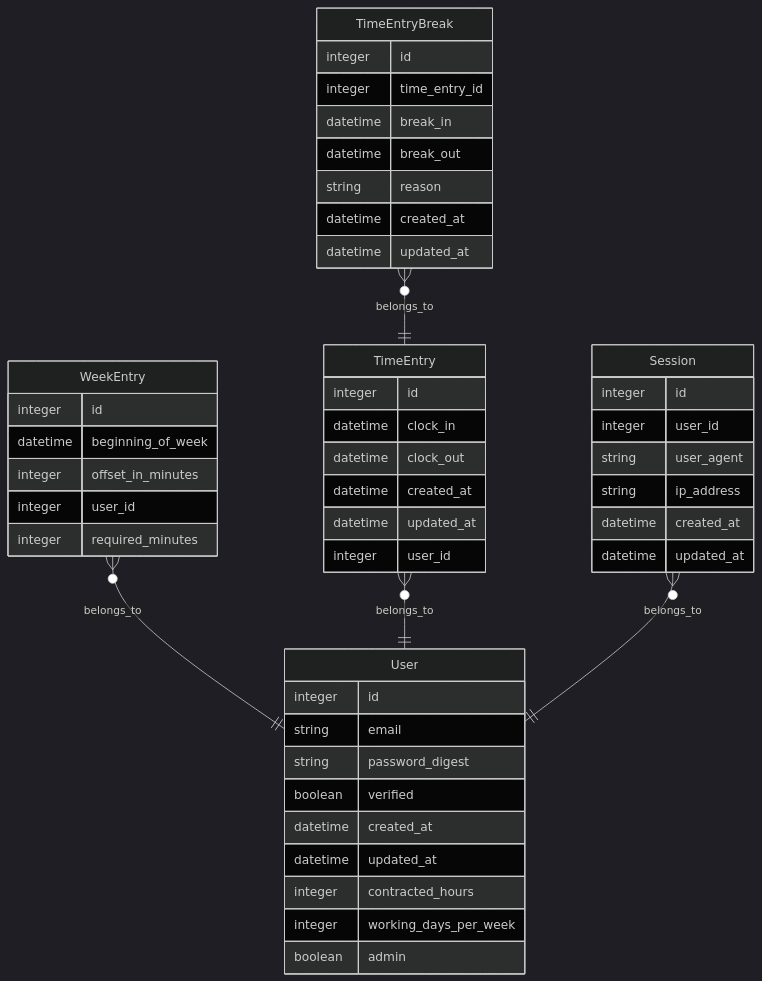
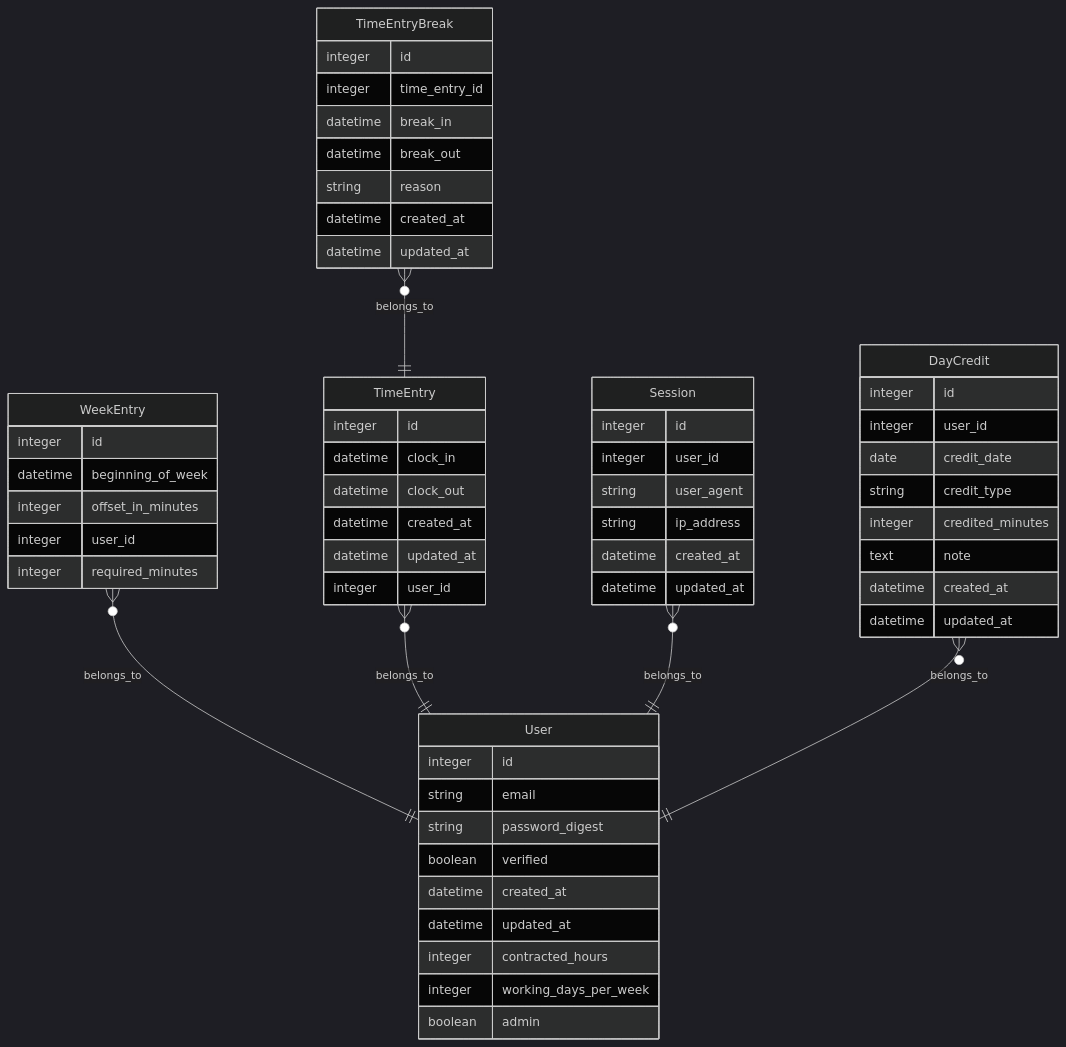
One commit to avinhurry/flexitime changed the diagram in documentation/domain-model.md. Above: the diagram before and after it, drawn with Mermaid (dark theme). The commit also changed 2 other files, not shown here.

Commit message:
Migration to add day credits

````diff
--- a/documentation/domain-model.md
+++ b/documentation/domain-model.md
@@ -1,50 +1,61 @@
 ```mermaid
 erDiagram
   WeekEntry {
     integer id
     datetime beginning_of_week
     integer offset_in_minutes
     integer user_id
     integer required_minutes
   }
   WeekEntry }o--|| User : belongs_to
   User {
     integer id
     string email
     string password_digest
     boolean verified
     datetime created_at
     datetime updated_at
     integer contracted_hours
     integer working_days_per_week
     boolean admin
   }
   TimeEntryBreak {
     integer id
     integer time_entry_id
     datetime break_in
     datetime break_out
     string reason
     datetime created_at
     datetime updated_at
   }
   TimeEntryBreak }o--|| TimeEntry : belongs_to
   TimeEntry {
     integer id
     datetime clock_in
     datetime clock_out
     datetime created_at
     datetime updated_at
     integer user_id
   }
   TimeEntry }o--|| User : belongs_to
   Session {
     integer id
     integer user_id
     string user_agent
     string ip_address
     datetime created_at
     datetime updated_at
   }
   Session }o--|| User : belongs_to
+  DayCredit {
+    integer id
+    integer user_id
+    date credit_date
+    string credit_type
+    integer credited_minutes
+    text note
+    datetime created_at
+    datetime updated_at
+  }
+  DayCredit }o--|| User : belongs_to
 ```
````
